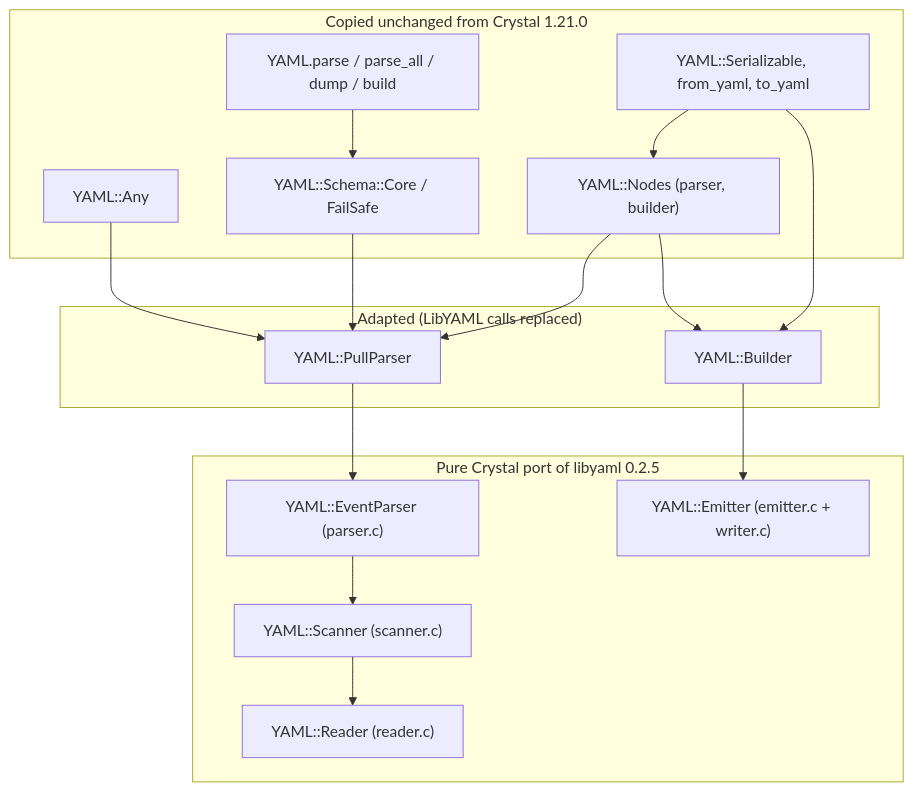
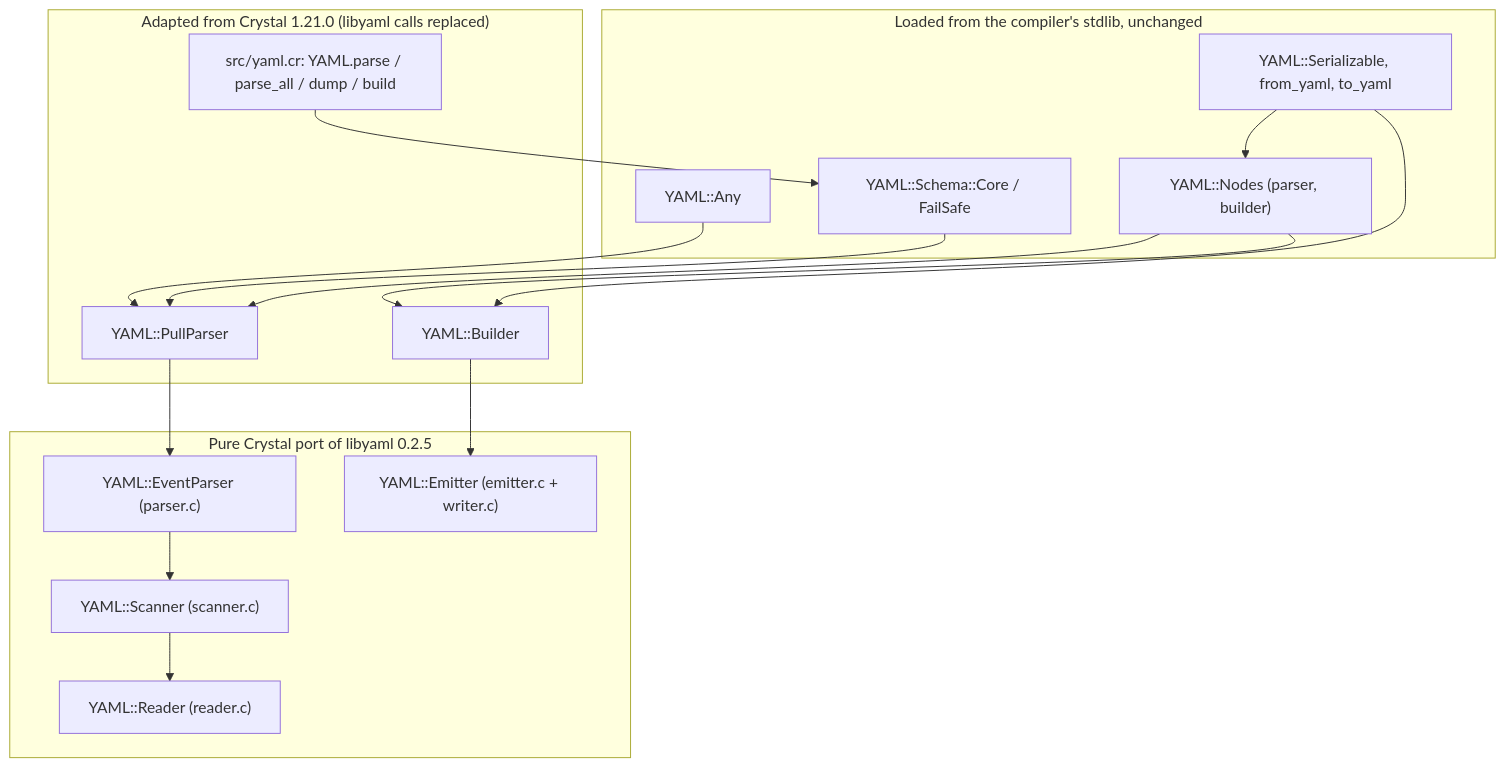
The first of 2 diagrams in docs/ARCHITECTURE.md (sdogruyol/cryaml), drawn with Mermaid before and after one commit. The commit also changed other lines of this file and 2 other files, not shown here.

First line of the commit message:
CI: wasmtime 2.0 --dir syntax; docs: architecture and roadmap

````diff
--- a/docs/ARCHITECTURE.md
+++ b/docs/ARCHITECTURE.md
@@ -7,28 +8,28 @@
 ```mermaid
 flowchart TD
-    subgraph stdlib["Copied unchanged from Crystal 1.21.0"]
-        API["YAML.parse / parse_all / dump / build"]
+    subgraph stdlib["Loaded from the compiler's stdlib, unchanged"]
         Any["YAML::Any"]
         Nodes["YAML::Nodes (parser, builder)"]
         Schema["YAML::Schema::Core / FailSafe"]
         Ser["YAML::Serializable, from_yaml, to_yaml"]
     end
-    subgraph adapted["Adapted (LibYAML calls replaced)"]
+    subgraph adapted["Adapted from Crystal 1.21.0 (libyaml calls replaced)"]
+        API["src/yaml.cr: YAML.parse / parse_all / dump / build"]
         Pull["YAML::PullParser"]
         Build["YAML::Builder"]
     end
     subgraph engine["Pure Crystal port of libyaml 0.2.5"]
         Reader["YAML::Reader (reader.c)"]
         Scanner["YAML::Scanner (scanner.c)"]
         EP["YAML::EventParser (parser.c)"]
         Emitter["YAML::Emitter (emitter.c + writer.c)"]
     end
     API --> Schema --> Pull
     Any --> Pull
     Nodes --> Pull
     Ser --> Nodes
     Ser --> Build
     Nodes --> Build
     Pull --> EP --> Scanner --> Reader
     Build --> Emitter
 ```
````
